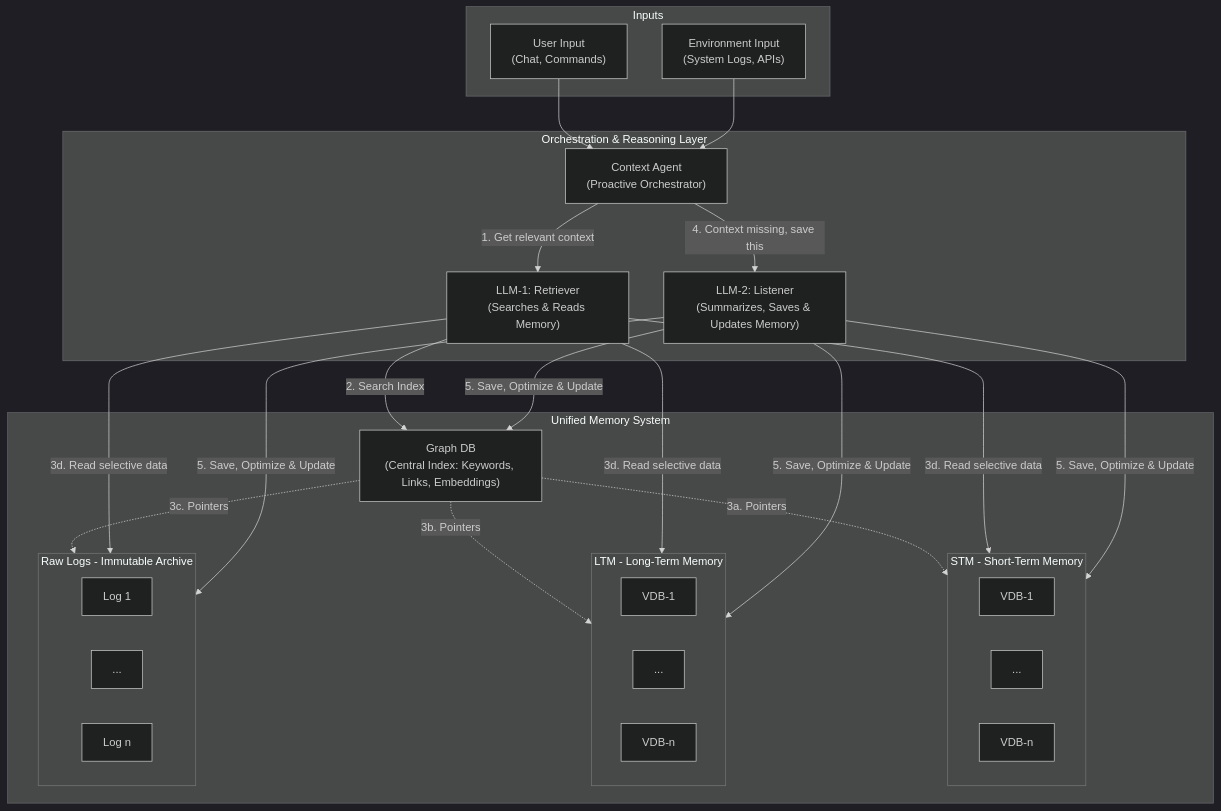
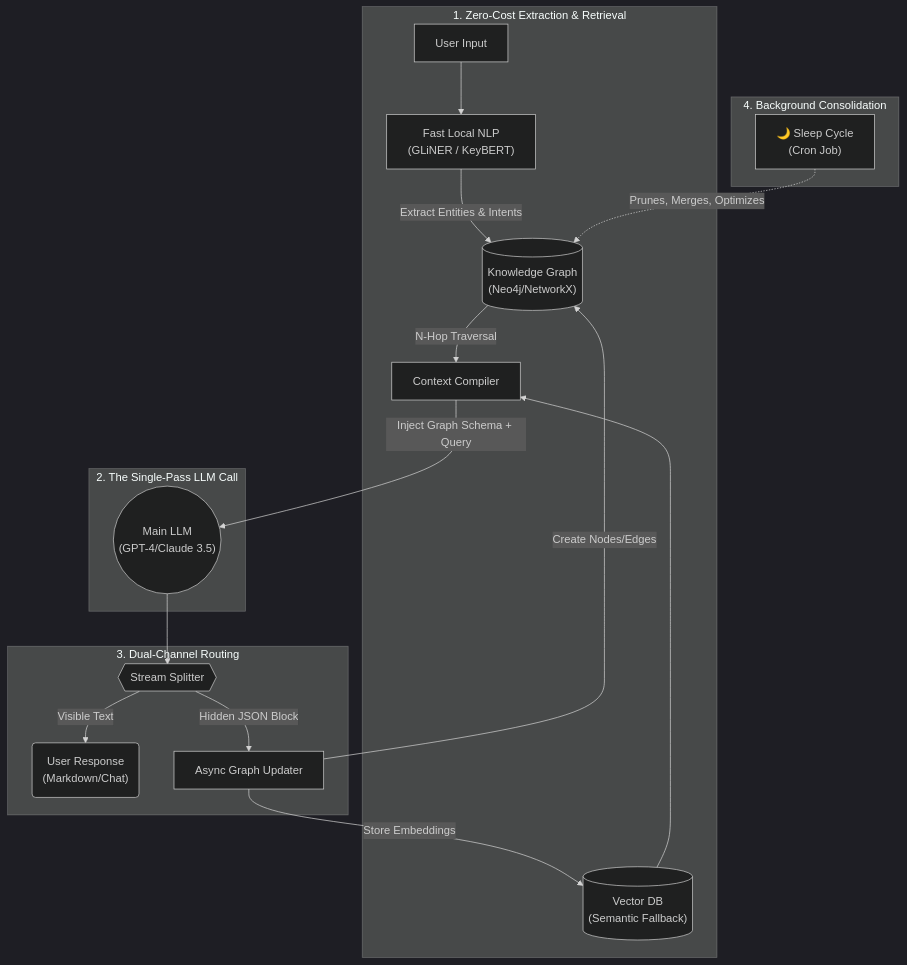
Before and after one commit to offx-zinth/context-kernel: the diagram in readme.md, drawn with Mermaid (dark theme). The commit also changed other lines of this file, not shown here.

````diff
--- a/readme.md
+++ b/readme.md
@@ -28,51 +31,25 @@
 ```mermaid
 flowchart TD
-    subgraph Inputs
-        USER["User Input<br/>(Chat, Commands)"]
-        ENV["Environment Input<br/>(System Logs, APIs)"]
+    subgraph Input Phase ["1. Zero-Cost Extraction & Retrieval"]
+        U["User Input"] --> NLP["Fast Local NLP<br/>(GLiNER / KeyBERT)"]
+        NLP -->|Extract Entities & Intents| GraphDB[("Knowledge Graph<br/>(Neo4j/NetworkX)")]
+        GraphDB -->|N-Hop Traversal| ContextCompiler["Context Compiler"]
+        VDB[("Vector DB<br/>(Semantic Fallback)")] --> ContextCompiler
     end
 
-    subgraph CoreLogic ["Orchestration & Reasoning Layer"]
-        CA["Context Agent<br/>(Proactive Orchestrator)"]
-        Retriever["LLM-1: Retriever<br/>(Searches & Reads Memory)"]
-        Listener["LLM-2: Listener<br/>(Summarizes, Saves & Updates Memory)"]
+    subgraph Generation Phase ["2. The Single-Pass LLM Call"]
+        ContextCompiler -->|Inject Graph Schema + Query| LLM(("Main LLM<br/>(GPT-4/Claude 3.5)"))
     end
 
-    subgraph MemorySystem ["Unified Memory System"]
-        GraphDB["Graph DB<br/>(Central Index: Keywords, Links, Embeddings)"]
-
-        subgraph STM ["STM - Short-Term Memory"]
-            S1[VDB-1]
-            S2[...]
-            Sn[VDB-n]
-        end
-
-        subgraph LTM ["LTM - Long-Term Memory"]
-            L1[VDB-1]
-            L2[...]
-            Ln[VDB-n]
-        end
-
-        subgraph RawCache ["Raw Logs - Immutable Archive"]
-            R1[Log 1]
-            R2[...]
-            Rn[Log n]
-        end
+    subgraph Output Phase ["3. Dual-Channel Routing"]
+        LLM --> Router{{"Stream Splitter"}}
+        Router -->|Visible Text| UserOut("User Response<br/>(Markdown/Chat)")
+        Router -->|Hidden JSON Block| AsyncUpdater["Async Graph Updater"]
     end
 
-    USER --> CA
-    ENV --> CA
-    CA -->|"1. Get relevant context"| Retriever
-    CA -->|"4. Context missing, save this"| Listener
-    Retriever -->|"2. Search Index"| GraphDB
-    GraphDB -.->|"3a. Pointers"| STM
-    GraphDB -.->|"3b. Pointers"| LTM
-    GraphDB -.->|"3c. Pointers"| RawCache
-    Retriever -->|"3d. Read selective data"| STM
-    Retriever -->|"3d. Read selective data"| LTM
-    Retriever -->|"3d. Read selective data"| RawCache
-    Listener -->|"5. Save, Optimize & Update"| STM
-    Listener -->|"5. Save, Optimize & Update"| LTM
-    Listener -->|"5. Save, Optimize & Update"| RawCache
-    Listener -->|"5. Save, Optimize & Update"| GraphDB
+    subgraph Memory Management ["4. Background Consolidation"]
+        AsyncUpdater -->|Create Nodes/Edges| GraphDB
+        AsyncUpdater -->|Store Embeddings| VDB
+        SleepCycle["🌙 Sleep Cycle<br/>(Cron Job)"] -.->|Prunes, Merges, Optimizes| GraphDB
+    end
 ```
````
